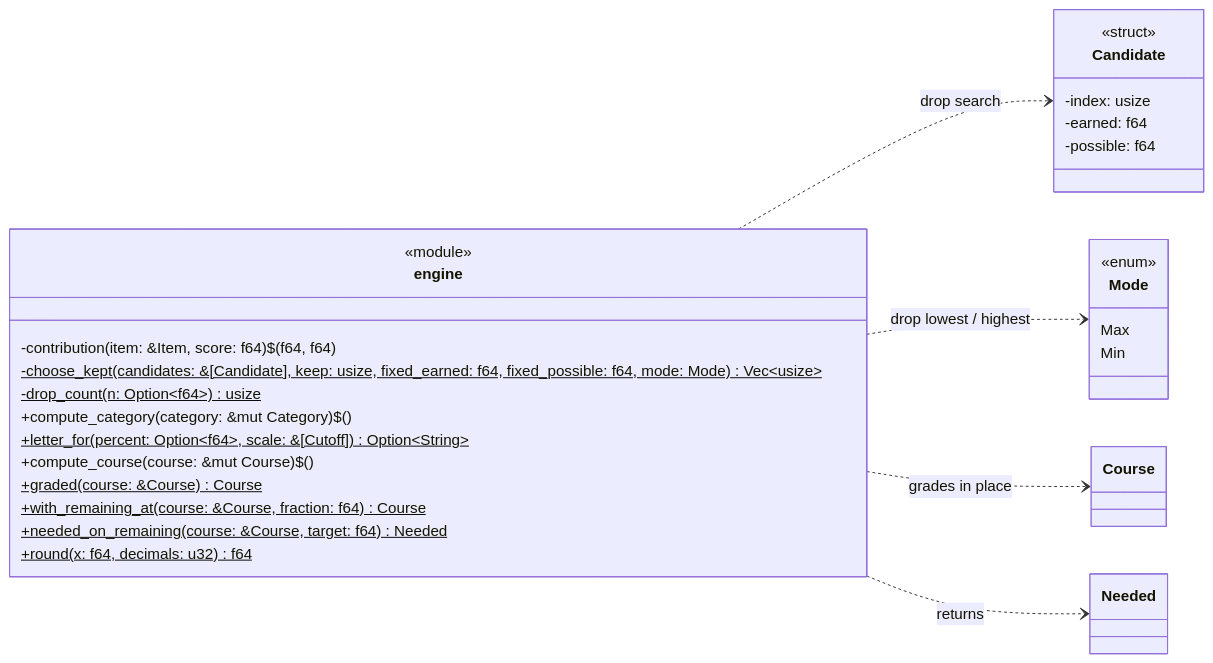
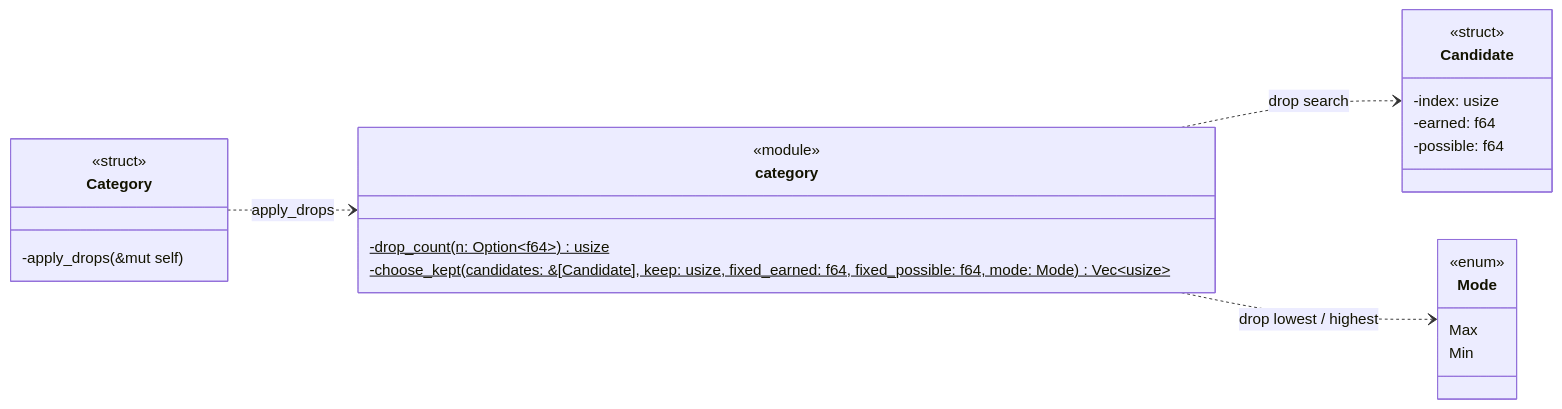
The fourth of 8 diagrams in docs/uml.md (Patman1O1/grade-calculator), drawn with Mermaid before and after one commit. The commit also changed other lines of this file and 11 other files, not shown here.

First line of the commit message:
Split the grading engine and model into item, category and course modules

````diff
--- a/docs/uml.md
+++ b/docs/uml.md
@@ -170,32 +183,27 @@
 ```mermaid
 classDiagram
   direction LR
-  class engine {
+  class category {
     <<module>>
-    -contribution(item: &Item, score: f64)$ (f64, f64)
+    -drop_count(n: Option~f64~)$ usize
     -choose_kept(candidates: &[Candidate], keep: usize, fixed_earned: f64, fixed_possible: f64, mode: Mode)$ Vec~usize~
-    -drop_count(n: Option~f64~)$ usize
-    +compute_category(category: &mut Category)$ ()
-    +letter_for(percent: Option~f64~, scale: &[Cutoff])$ Option~String~
-    +compute_course(course: &mut Course)$ ()
-    +graded(course: &Course)$ Course
-    +with_remaining_at(course: &Course, fraction: f64)$ Course
-    +needed_on_remaining(course: &Course, target: f64)$ Needed
-    +round(x: f64, decimals: u32)$ f64
   }
   class Candidate {
     <<struct>>
     -index: usize
     -earned: f64
     -possible: f64
   }
   class Mode {
     <<enum>>
     Max
     Min
   }
-  engine ..> Candidate : drop search
-  engine ..> Mode : drop lowest / highest
-  engine ..> Course : grades in place
-  engine ..> Needed : returns
+  class Category {
+    <<struct>>
+    -apply_drops(&mut self)
+  }
+  Category ..> category : apply_drops
+  category ..> Candidate : drop search
+  category ..> Mode : drop lowest / highest
 ```
````
